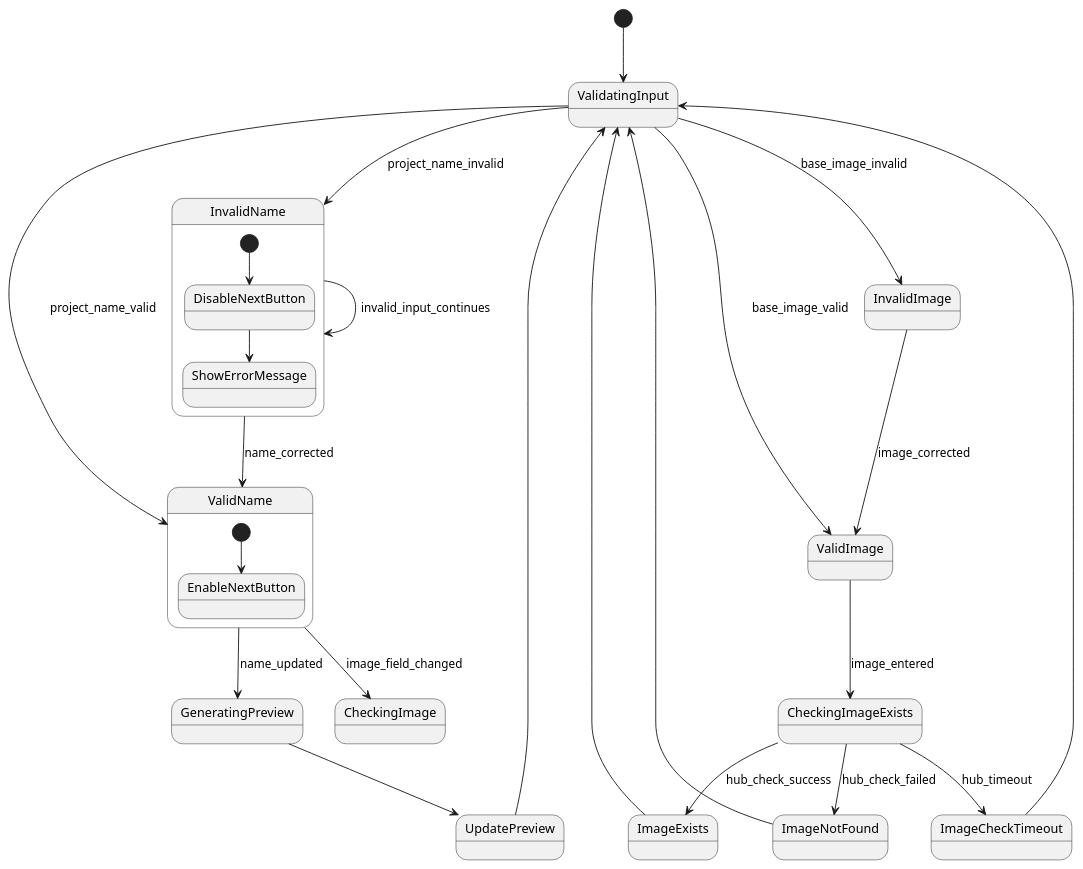
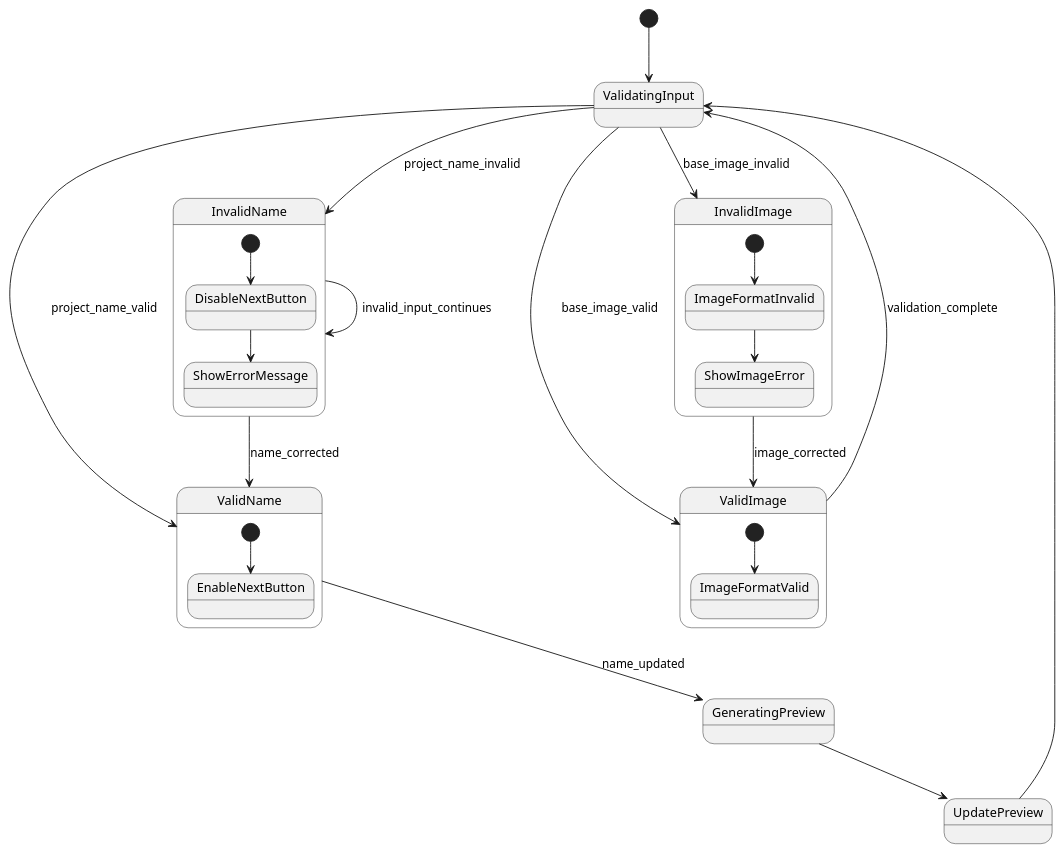
One commit to igamenovoer/PeiDocker changed the diagram in context/plans/gui/screens/sc-3/figures/sc3/input-validation-state-machine.puml. Above: the diagram before and after it, drawn with PlantUML. The commit also changed 28 other files, not shown here.

```diff
--- a/context/plans/gui/screens/sc-3/figures/sc3/input-validation-state-machine.puml
+++ b/context/plans/gui/screens/sc-3/figures/sc3/input-validation-state-machine.puml
@@ -1,36 +1,35 @@
 @startuml
 [*] --> ValidatingInput
 ValidatingInput --> ValidName : project_name_valid
 ValidatingInput --> InvalidName : project_name_invalid
 ValidatingInput --> ValidImage : base_image_valid
 ValidatingInput --> InvalidImage : base_image_invalid
 
-ValidName --> CheckingImage : image_field_changed
 ValidName --> GeneratingPreview : name_updated
-
 InvalidName --> ValidName : name_corrected
 InvalidName --> InvalidName : invalid_input_continues
 
-ValidImage --> CheckingImageExists : image_entered
+ValidImage --> ValidatingInput : validation_complete
 InvalidImage --> ValidImage : image_corrected
-
-CheckingImageExists --> ImageExists : hub_check_success
-CheckingImageExists --> ImageNotFound : hub_check_failed
-CheckingImageExists --> ImageCheckTimeout : hub_timeout
-
-ImageExists --> ValidatingInput
-ImageNotFound --> ValidatingInput
-ImageCheckTimeout --> ValidatingInput
 
 GeneratingPreview --> UpdatePreview
 UpdatePreview --> ValidatingInput
 
 state ValidName {
   [*] --> EnableNextButton
 }
 
 state InvalidName {
   [*] --> DisableNextButton
   DisableNextButton --> ShowErrorMessage
 }
+
+state ValidImage {
+  [*] --> ImageFormatValid
+}
+
+state InvalidImage {
+  [*] --> ImageFormatInvalid
+  ImageFormatInvalid --> ShowImageError
+}
 @enduml
```
